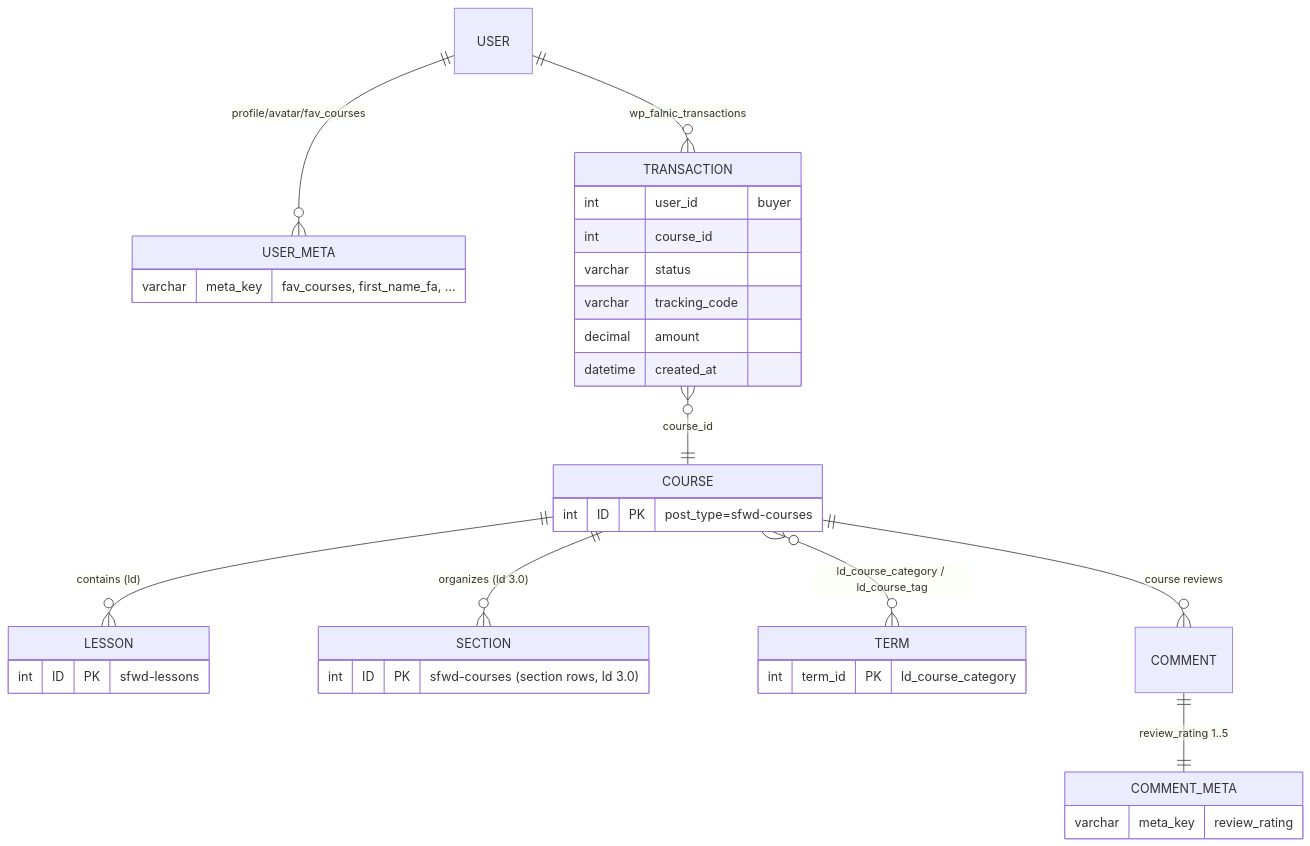
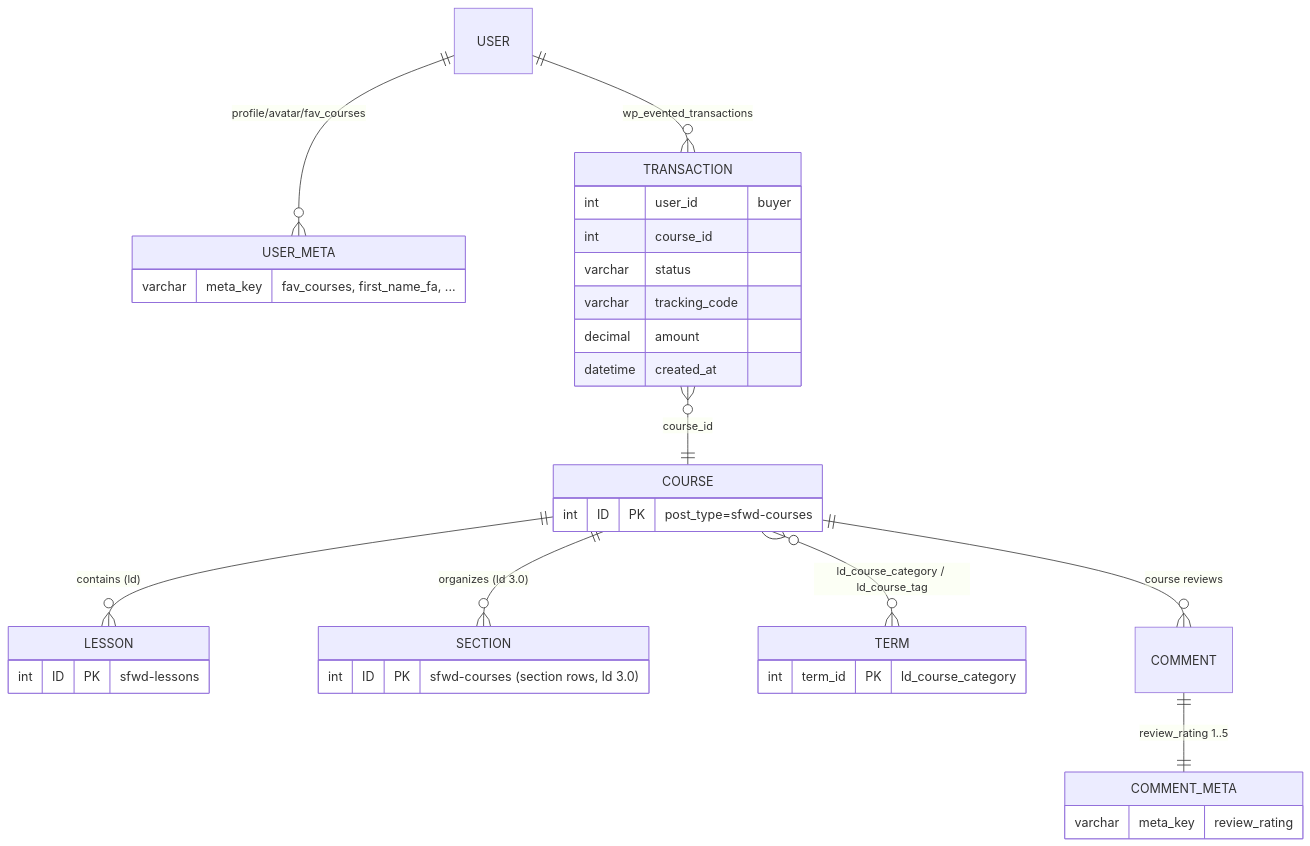
The second of 7 diagrams in ARCHITECTURE.md (ahmad75naraghi/learndash-theme), drawn with Mermaid before and after one commit. The commit also changed other lines of this file and 4 other files, not shown here.

````diff
--- a/ARCHITECTURE.md
+++ b/ARCHITECTURE.md
@@ -42,19 +42,19 @@
 ```mermaid
 erDiagram
     COURSE ||--o{ LESSON : "contains (ld)"
     COURSE ||--o{ SECTION : "organizes (ld 3.0)"
     COURSE }o--o{ TERM : "ld_course_category / ld_course_tag"
     COURSE ||--o{ COMMENT : "course reviews"
     COMMENT ||--|| COMMENT_META : "review_rating 1..5"
     USER ||--o{ USER_META : "profile/avatar/fav_courses"
-    USER ||--o{ TRANSACTION : "wp_falnic_transactions"
+    USER ||--o{ TRANSACTION : "wp_evented_transactions"
     TRANSACTION }o--|| COURSE : "course_id"
 
     COURSE { int ID PK "post_type=sfwd-courses" }
     LESSON { int ID PK "sfwd-lessons" }
     SECTION { int ID PK "sfwd-courses (section rows, ld 3.0)" }
     TERM { int term_id PK "ld_course_category" }
     TRANSACTION { int user_id "buyer" int course_id varchar status varchar tracking_code decimal amount datetime created_at }
     COMMENT_META { varchar meta_key "review_rating" }
     USER_META { varchar meta_key "fav_courses, first_name_fa, ..." }
 ```
````
